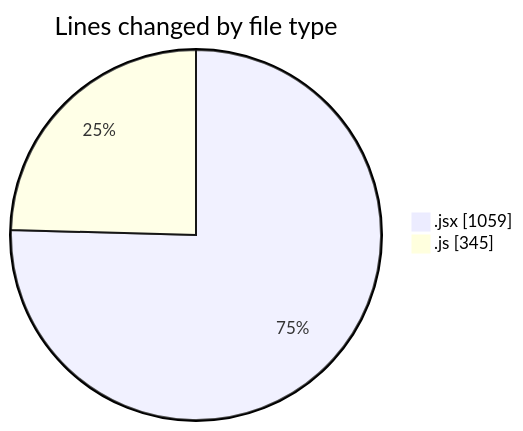
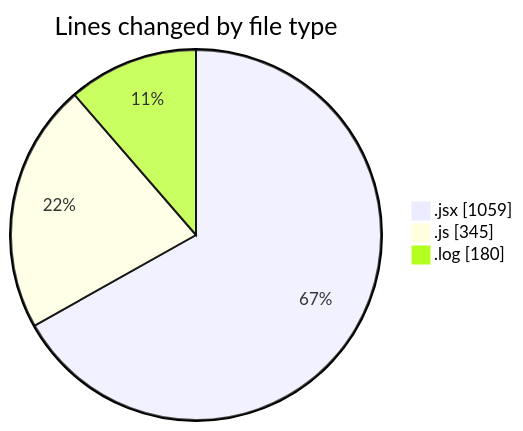
One commit to nxtqubesakshisongat/code-tracking changed the first of 2 diagrams in 2025-12-14/nxtqube_webapp/README.md. Above: the diagram before and after it, drawn with Mermaid. The commit also changed other lines of this file and 1 other file, not shown here.

````diff
--- a/2025-12-14/nxtqube_webapp/README.md
+++ b/2025-12-14/nxtqube_webapp/README.md
@@ -24,6 +25,7 @@
 ```mermaid
 pie showData
 title Lines changed by file type
 ".jsx" : 1059
 ".js" : 345
+".log" : 180
 ```
````
